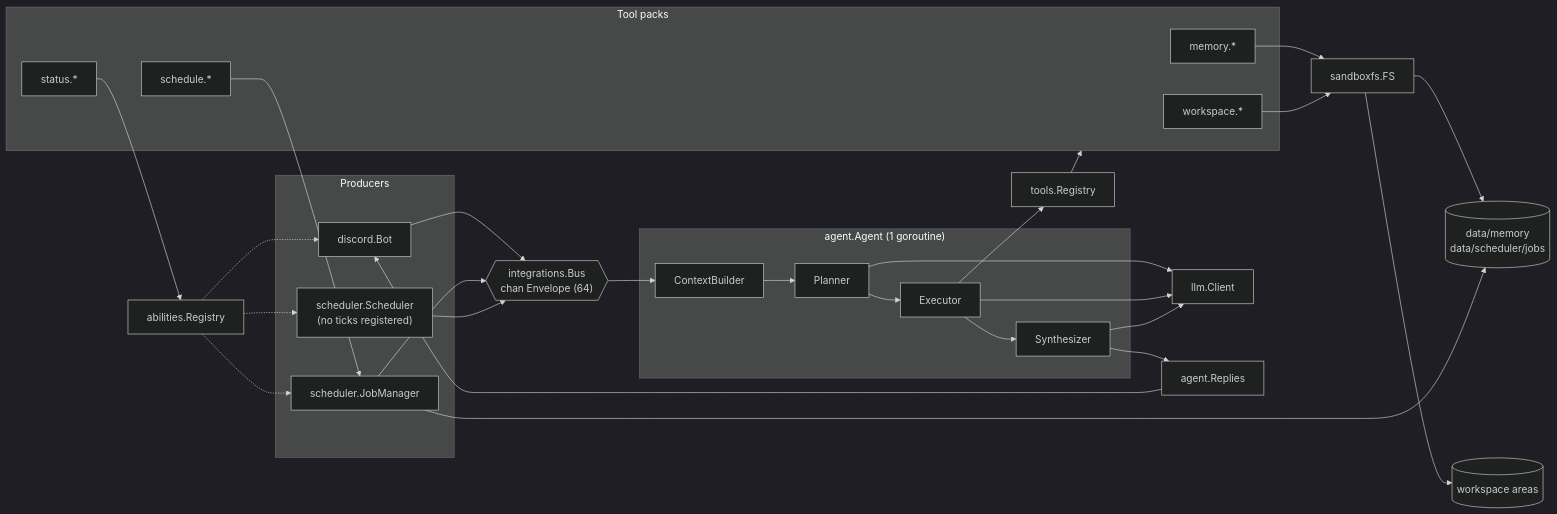
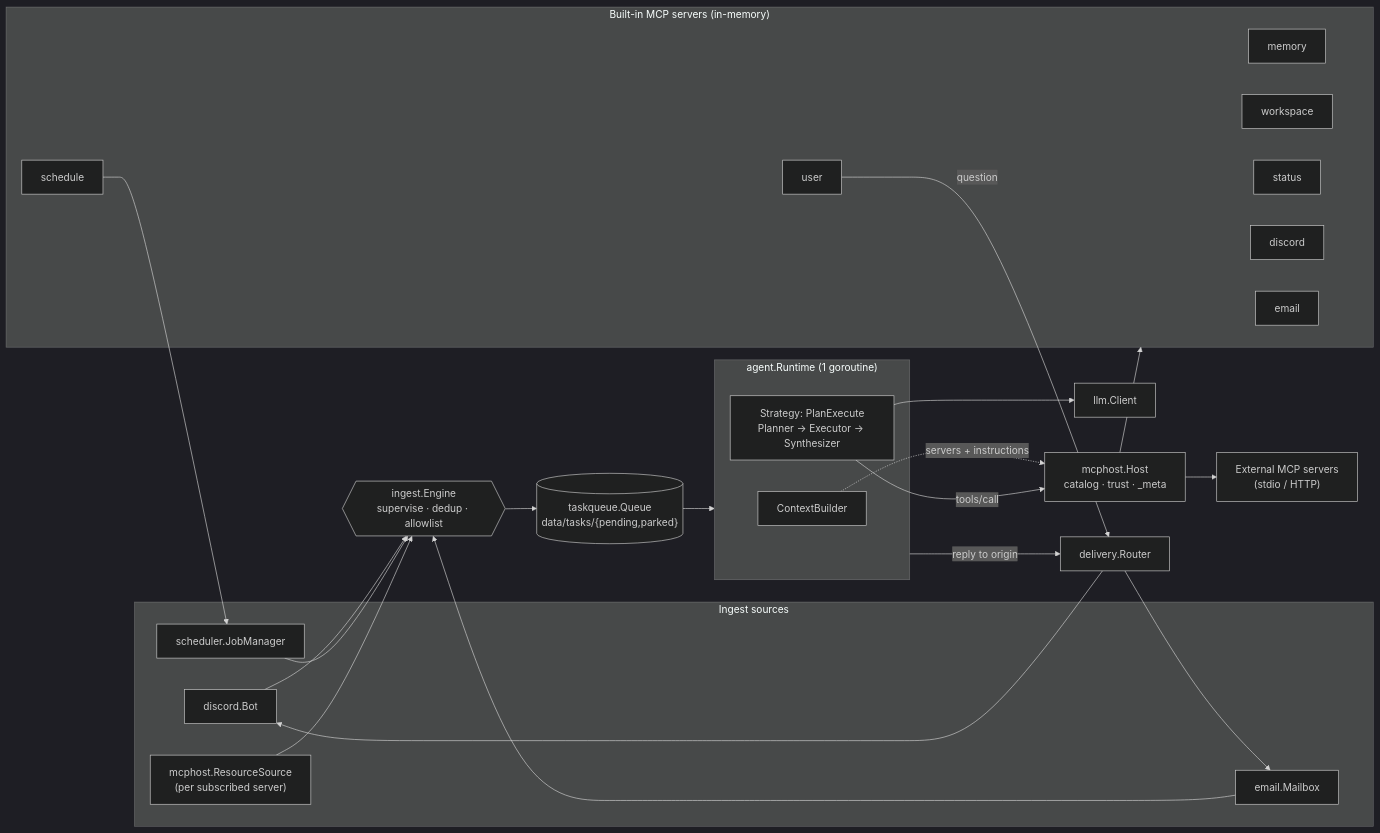
The diagram in .claude/DESIGN.md (runyanjake/tobee), drawn with Mermaid (dark theme) before and after one commit. The commit also changed other lines of this file and 96 other files, not shown here.

Commit message:
AI refactor to MCP pattern and reimplementation of integrations under this pattern

````diff
--- a/.claude/DESIGN.md
+++ b/.claude/DESIGN.md
@@ -13,41 +16,39 @@
 ```mermaid
 flowchart LR
-    subgraph producers["Producers"]
-        discord["discord.Bot"]
+    subgraph sources["Ingest sources"]
+        discordSrc["discord.Bot"]
+        emailSrc["email.Mailbox"]
         jobs["scheduler.JobManager"]
-        ticks["scheduler.Scheduler<br/>(no ticks registered)"]
+        resSrc["mcphost.ResourceSource<br/>(per subscribed server)"]
     end
-    bus{{"integrations.Bus<br/>chan Envelope (64)"}}
-    subgraph agent["agent.Agent (1 goroutine)"]
+    engine{{"ingest.Engine<br/>supervise · dedup · allowlist"}}
+    queue[("taskqueue.Queue<br/>data/tasks/{pending,parked}")]
+    subgraph core["agent.Runtime (1 goroutine)"]
         ctxb["ContextBuilder"]
-        planner["Planner"]
-        exec["Executor"]
-        synth["Synthesizer"]
+        strat["Strategy: PlanExecute<br/>Planner → Executor → Synthesizer"]
     end
     llm["llm.Client"]
-    reg["tools.Registry"]
-    subgraph packs["Tool packs"]
-        mem["memory.*"]
-        ws["workspace.*"]
-        sch["schedule.*"]
-        st["status.*"]
+    host["mcphost.Host<br/>catalog · trust · _meta"]
+    subgraph builtin["Built-in MCP servers (in-memory)"]
+        mem["memory"]
+        ws["workspace"]
+        sch["schedule"]
+        st["status"]
+        usr["user"]
+        dsrv["discord"]
+        esrv["email"]
     end
-    abil["abilities.Registry"]
-    sfs["sandboxfs.FS"]
-    replies["agent.Replies"]
-    data[("data/memory<br/>data/scheduler/jobs")]
-    areas[("workspace areas")]
+    ext["External MCP servers<br/>(stdio / HTTP)"]
+    out["delivery.Router"]
 
-    discord --> bus
-    jobs --> bus
-    ticks --> bus
-    bus --> ctxb --> planner --> exec --> synth
-    planner & exec & synth --> llm
-    exec --> reg --> packs
-    mem --> sfs --> data
-    ws --> sfs --> areas
-    sch --> jobs --> data
-    st --> abil
-    abil -.-> discord & jobs & ticks
-    synth --> replies --> discord
+    discordSrc & emailSrc & jobs & resSrc --> engine --> queue --> core
+    ctxb -.->|servers + instructions| host
+    strat --> llm
+    strat -->|tools/call| host
+    host --> builtin
+    host --> ext
+    sch --> jobs
+    usr -->|question| out
+    core -->|reply to origin| out
+    out --> discordSrc & emailSrc
 ```
````
